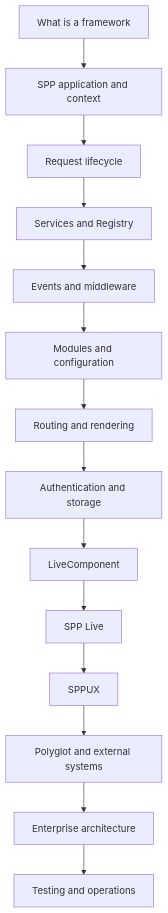
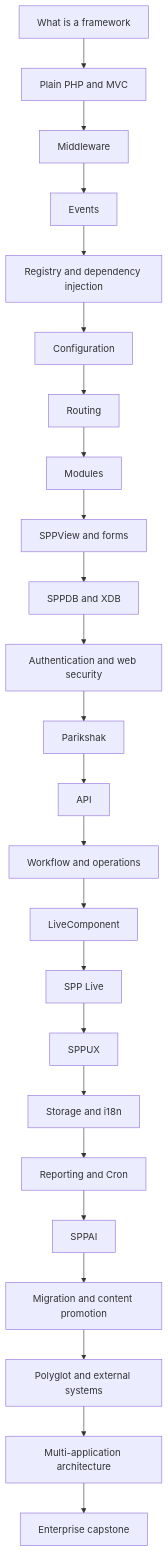
The diagram in documentation/handbook/README.md (shuklasp/spp), drawn with Mermaid before and after one commit. The commit also changed other lines of this file, not shown here.

````diff
--- a/documentation/handbook/README.md
+++ b/documentation/handbook/README.md
@@ -87,16 +120,26 @@
 ```mermaid
 flowchart TD
-    A[What is a framework] --> B[SPP application and context]
-    B --> C[Request lifecycle]
-    C --> D[Services and Registry]
-    D --> E[Events and middleware]
-    E --> F[Modules and configuration]
-    F --> G[Routing and rendering]
-    G --> H[Authentication and storage]
-    H --> I[LiveComponent]
-    I --> J[SPP Live]
-    J --> K[SPPUX]
-    K --> L[Polyglot and external systems]
-    L --> M[Enterprise architecture]
-    M --> N[Testing and operations]
+    A[What is a framework] --> B[Plain PHP and MVC]
+    B --> C[Middleware]
+    C --> D[Events]
+    D --> E[Registry and dependency injection]
+    E --> F[Configuration]
+    F --> G[Routing]
+    G --> H[Modules]
+    H --> I[SPPView and forms]
+    I --> J[SPPDB and XDB]
+    J --> K[Authentication and web security]
+    K --> L[Parikshak]
+    L --> M[API]
+    M --> N[Workflow and operations]
+    N --> O[LiveComponent]
+    O --> P[SPP Live]
+    P --> Q[SPPUX]
+    Q --> R[Storage and i18n]
+    R --> S[Reporting and Cron]
+    S --> T[SPPAI]
+    T --> U[Migration and content promotion]
+    U --> V[Polyglot and external systems]
+    V --> W[Multi-application architecture]
+    W --> X[Enterprise capstone]
 ```
````
